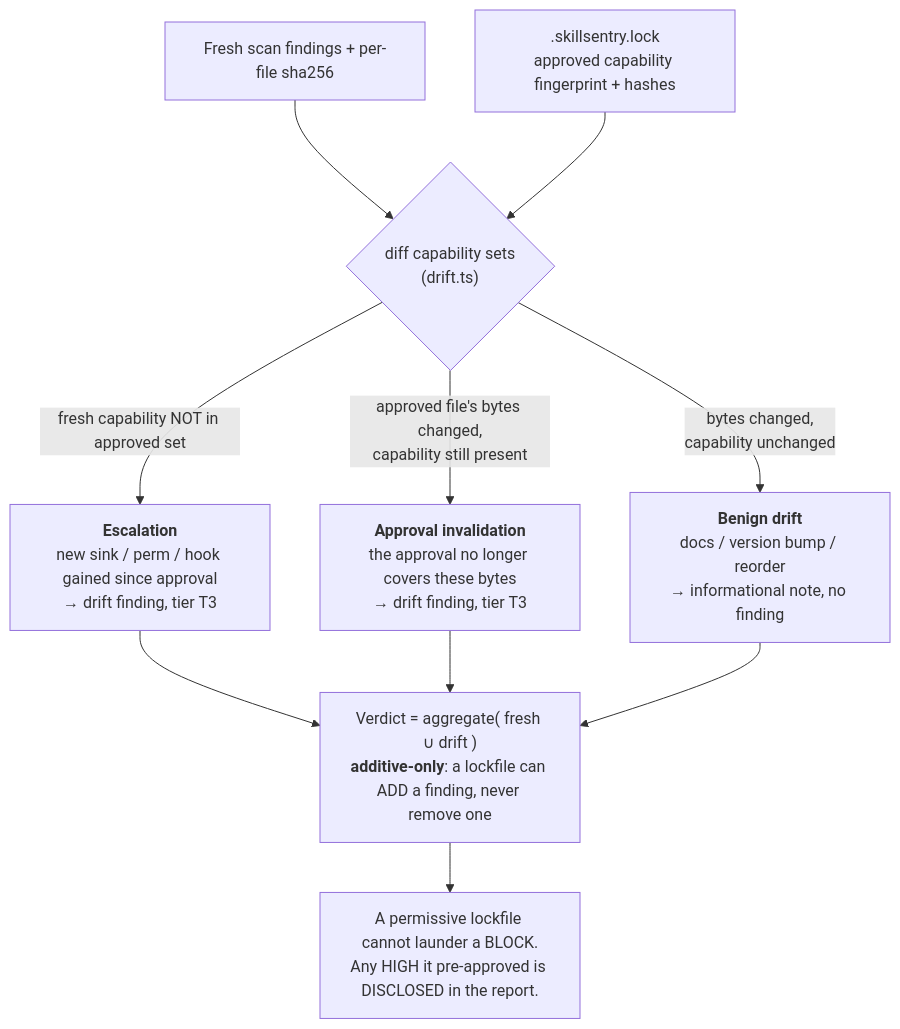
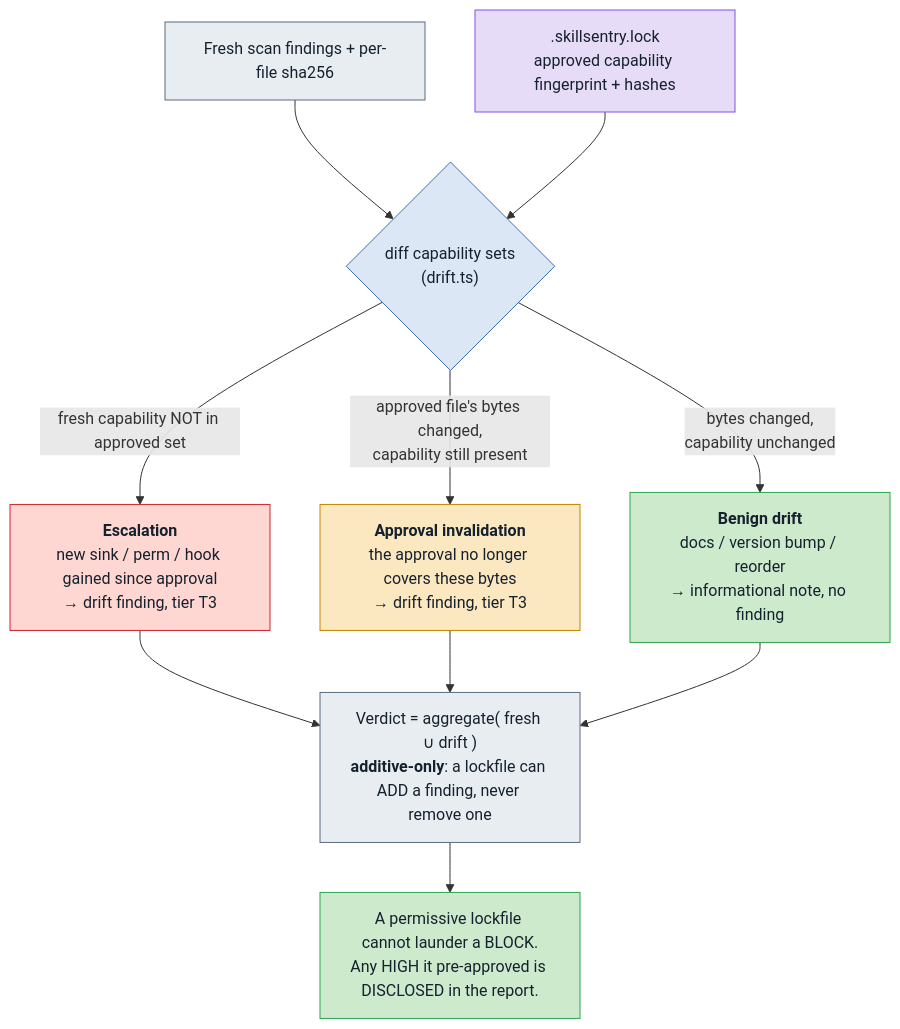
One commit to whatbirdisthat/exosphere changed the diagram in doc/guide/diagrams/drift-classification.mmd. Above: the diagram before and after it, drawn with Mermaid. The commit also changed 23 other files, not shown here.

First line of the commit message:
🎨 docs(diagrams): semantic colour-coding + fix oversized README headline

```diff
--- a/doc/guide/diagrams/drift-classification.mmd
+++ b/doc/guide/diagrams/drift-classification.mmd
@@ -1,15 +1,24 @@
 %% T3 rug-pull detection: what changed since you approved this skill, and is it dangerous?
+%% Colour key: grey = data · purple = the baseline · blue = the diff · red = escalation · amber =
+%% invalidation · green = benign / the guarantee.
 %% Source: src/core/drift.ts, lock.ts, src/adapters/lockfile.ts, ADR-008
 flowchart TD
-    A["Fresh scan findings + per-file sha256"] --> D
-    B[".skillsentry.lock<br/>approved capability fingerprint + hashes"] --> D
-    D{"diff capability sets<br/>(drift.ts)"}
+    A["Fresh scan findings + per-file sha256"]:::input --> D
+    B[".skillsentry.lock<br/>approved capability fingerprint + hashes"]:::accent --> D
+    D{"diff capability sets<br/>(drift.ts)"}:::core
 
-    D -->|"fresh capability NOT in approved set"| E["<b>Escalation</b><br/>new sink / perm / hook gained since approval<br/>→ drift finding, tier T3"]
-    D -->|"approved file's bytes changed,<br/>capability still present"| F["<b>Approval invalidation</b><br/>the approval no longer covers these bytes<br/>→ drift finding, tier T3"]
-    D -->|"bytes changed,<br/>capability unchanged"| G["<b>Benign drift</b><br/>docs / version bump / reorder<br/>→ informational note, no finding"]
+    D -->|"fresh capability NOT in approved set"| E["<b>Escalation</b><br/>new sink / perm / hook gained since approval<br/>→ drift finding, tier T3"]:::danger
+    D -->|"approved file's bytes changed,<br/>capability still present"| F["<b>Approval invalidation</b><br/>the approval no longer covers these bytes<br/>→ drift finding, tier T3"]:::warn
+    D -->|"bytes changed,<br/>capability unchanged"| G["<b>Benign drift</b><br/>docs / version bump / reorder<br/>→ informational note, no finding"]:::pass
 
-    E --> H["Verdict = aggregate( fresh ∪ drift )<br/><b>additive-only</b>: a lockfile can ADD a finding, never remove one"]
+    E --> H["Verdict = aggregate( fresh ∪ drift )<br/><b>additive-only</b>: a lockfile can ADD a finding, never remove one"]:::input
     F --> H
     G --> H
-    H --> I["A permissive lockfile cannot launder a BLOCK.<br/>Any HIGH it pre-approved is DISCLOSED in the report."]
+    H --> I["A permissive lockfile cannot launder a BLOCK.<br/>Any HIGH it pre-approved is DISCLOSED in the report."]:::pass
+
+    classDef input fill:#e8edf2,stroke:#5b6b7f,color:#16212e;
+    classDef accent fill:#e6dcf7,stroke:#8250df,color:#16212e;
+    classDef core fill:#dbe7f5,stroke:#3f6fae,color:#16212e;
+    classDef danger fill:#ffd7d2,stroke:#cf222e,color:#16212e;
+    classDef warn fill:#fbe7c0,stroke:#bf8700,color:#16212e;
+    classDef pass fill:#cdeacd,stroke:#2da44e,color:#16212e;
```
